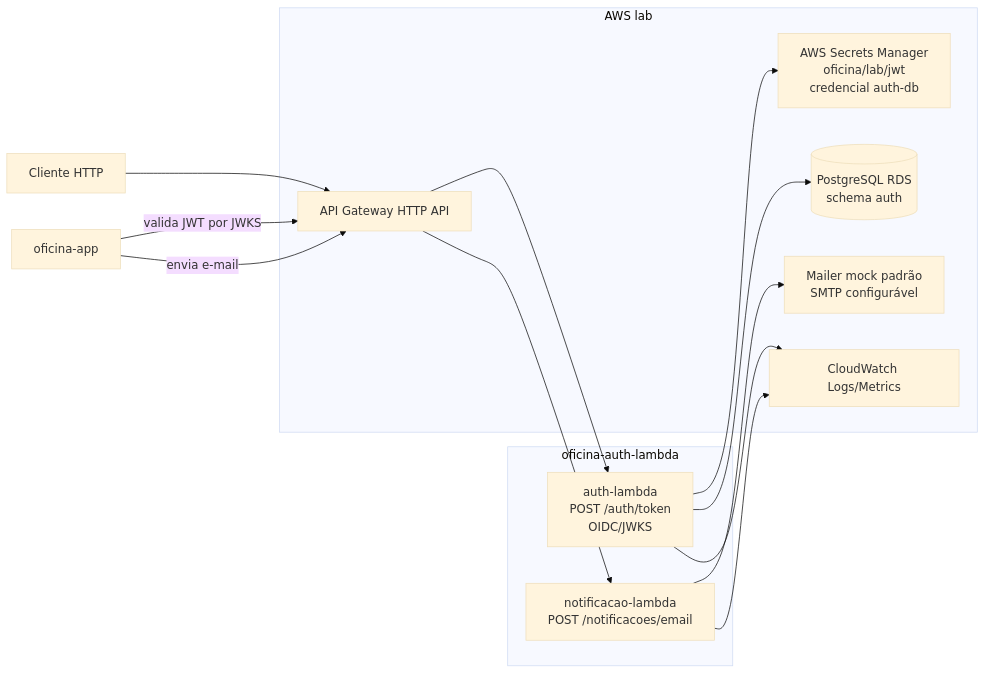
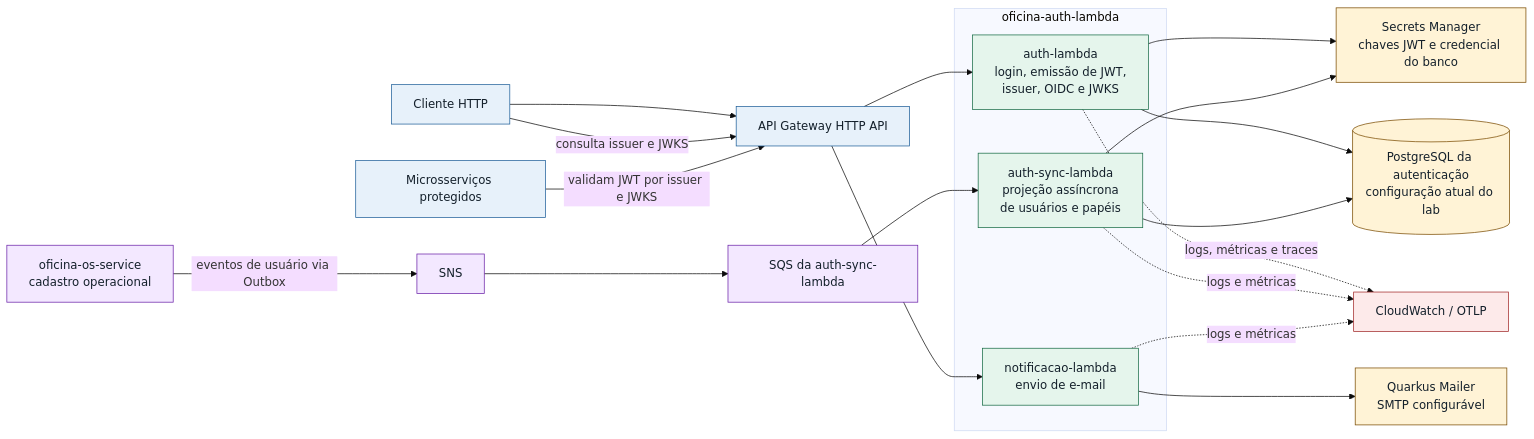
The diagram in README.md (oficina-soat/oficina-auth-lambda), drawn with Mermaid (base theme) before and after one commit. The commit also changed other lines of this file, not shown here.

Commit message:
docs: revisa diagrama das lambdas

````diff
--- a/README.md
+++ b/README.md
@@ -53,22 +53,39 @@
 ```mermaid
 flowchart LR
-  user[Cliente HTTP] --> apigw[API Gateway HTTP API]
+  User["Cliente HTTP"] --> APIGW["API Gateway HTTP API"]
 
-  subgraph repo[oficina-auth-lambda]
-    auth[auth-lambda<br/>POST /auth/token<br/>OIDC/JWKS]
-    notif[notificacao-lambda<br/>POST /notificacoes/email]
+  subgraph Repository["oficina-auth-lambda"]
+    Auth["auth-lambda<br/>login, emissão de JWT,<br/>issuer, OIDC e JWKS"]
+    Sync["auth-sync-lambda<br/>projeção assíncrona<br/>de usuários e papéis"]
+    Notification["notificacao-lambda<br/>envio de e-mail"]
   end
 
-  subgraph aws[AWS lab]
-    apigw --> auth
-    apigw --> notif
-    auth --> secrets[AWS Secrets Manager<br/>oficina/lab/jwt<br/>credencial auth-db]
-    auth --> db[(PostgreSQL RDS<br/>schema auth)]
-    notif --> mailer[Mailer mock padrão<br/>SMTP configurável]
-    auth --> logs[CloudWatch Logs/Metrics]
-    notif --> logs
-  end
+  APIGW --> Auth
+  APIGW --> Notification
+  User -->|"consulta issuer e JWKS"| APIGW
+  OS["oficina-os-service<br/>cadastro operacional"] -->|"eventos de usuário via Outbox"| SNS["SNS"]
+  SNS --> SQS["SQS da auth-sync-lambda"]
+  SQS --> Sync
 
-  app[oficina-app] -->|valida JWT por JWKS| apigw
-  app -->|envia e-mail| apigw
+  Auth --> Secrets["Secrets Manager<br/>chaves JWT e credencial do banco"]
+  Sync --> Secrets
+  Auth --> AuthDB[("PostgreSQL da autenticação<br/>configuração atual do lab")]
+  Sync --> AuthDB
+  Notification --> Mailer["Quarkus Mailer<br/>SMTP configurável"]
+
+  Services["Microsserviços protegidos"] -->|"validam JWT por issuer e JWKS"| APIGW
+  Auth -. "logs, métricas e traces" .-> Telemetry["CloudWatch / OTLP"]
+  Sync -. "logs e métricas" .-> Telemetry
+  Notification -. "logs e métricas" .-> Telemetry
+
+  classDef http fill:#e7f1fa,stroke:#1f5f99,color:#14202b;
+  classDef lambda fill:#e5f5ec,stroke:#176b45,color:#14202b;
+  classDef data fill:#fff3d6,stroke:#7a4b00,color:#14202b;
+  classDef async fill:#f3e8ff,stroke:#6b21a8,color:#14202b;
+  classDef observe fill:#fdeaea,stroke:#a22929,color:#14202b;
+  class APIGW,User,Services http;
+  class Auth,Sync,Notification lambda;
+  class Secrets,AuthDB,Mailer data;
+  class SNS,SQS,OS async;
+  class Telemetry observe;
 ```
````
